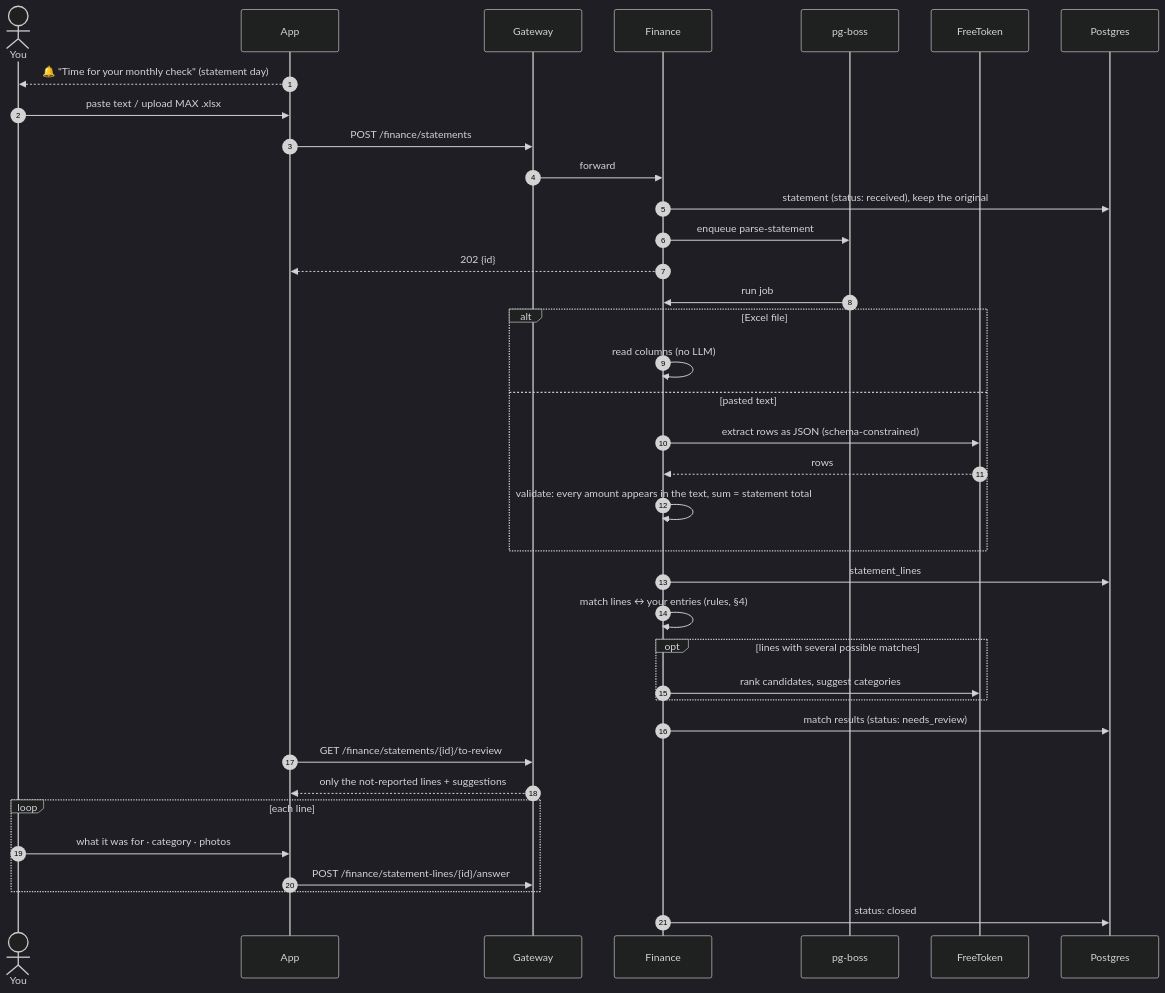
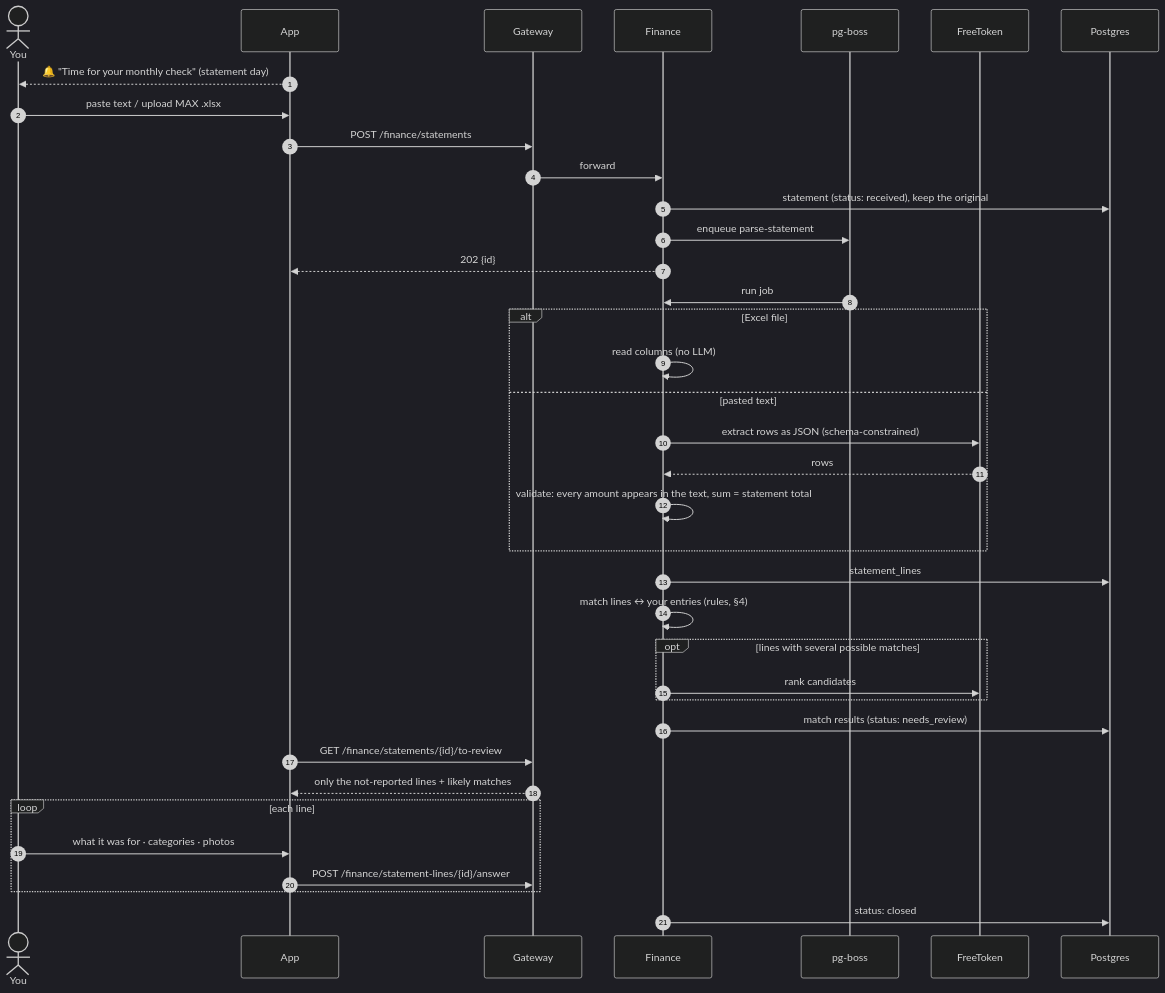
One commit to LidorElmakaies/personal-copilot changed the third of 7 diagrams in docs/plans/finance/README.md. Above: the diagram before and after it, drawn with Mermaid (dark theme). The commit also changed other lines of this file and 27 other files, not shown here.

First line of the commit message:
Finance U5.3: CategoryChips; an entry can have several categories

````diff
--- a/docs/plans/finance/README.md
+++ b/docs/plans/finance/README.md
@@ -121,40 +121,40 @@
 ```mermaid
 sequenceDiagram
   autonumber
   actor U as You
   participant App
   participant GW as Gateway
   participant F as Finance
   participant Q as pg-boss
   participant L as FreeToken
   participant DB as Postgres
 
   App-->>U: 🔔 "Time for your monthly check" (statement day)
   U->>App: paste text  /  upload MAX .xlsx
   App->>GW: POST /finance/statements
   GW->>F: forward
   F->>DB: statement (status: received), keep the original
   F->>Q: enqueue parse-statement
   F-->>App: 202 {id}
   Q->>F: run job
   alt Excel file
     F->>F: read columns (no LLM)
   else pasted text
     F->>L: extract rows as JSON (schema-constrained)
     L-->>F: rows
     F->>F: validate: every amount appears in the text, sum = statement total
   end
   F->>DB: statement_lines
   F->>F: match lines ↔ your entries (rules, §4)
   opt lines with several possible matches
-    F->>L: rank candidates, suggest categories
+    F->>L: rank candidates
   end
   F->>DB: match results (status: needs_review)
   App->>GW: GET /finance/statements/{id}/to-review
-  GW-->>App: only the not-reported lines + suggestions
+  GW-->>App: only the not-reported lines + likely matches
   loop each line
-    U->>App: what it was for · category · photos
+    U->>App: what it was for · categories · photos
     App->>GW: POST /finance/statement-lines/{id}/answer
   end
   F->>DB: status: closed
 ```
````
